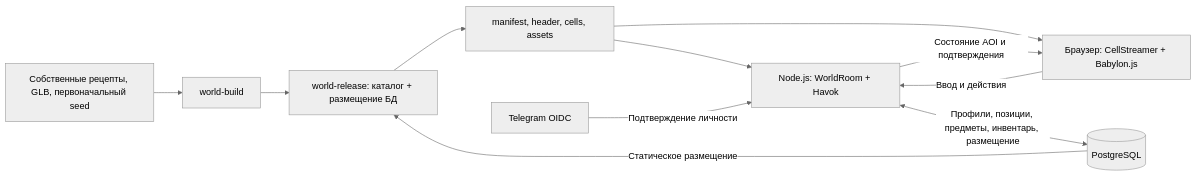
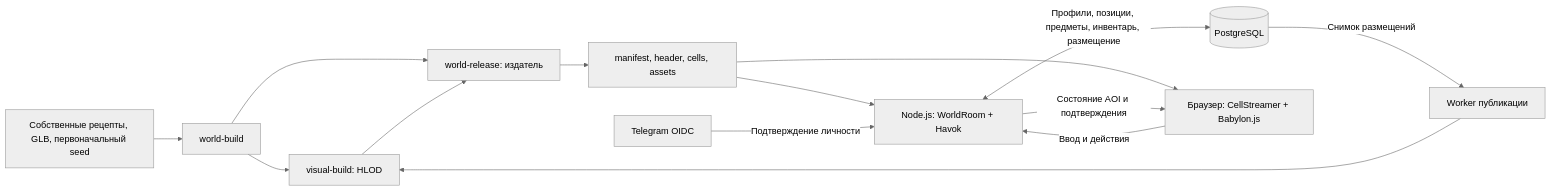
One commit to ftagn-superior/syktyvkar-underground changed the diagram in docs/architecture.md. Above: the diagram before and after it, drawn with Mermaid (neutral theme). The commit also changed other lines of this file and 93 other files, not shown here.

````diff
--- a/docs/architecture.md
+++ b/docs/architecture.md
@@ -9,13 +9,16 @@
 ```mermaid
 flowchart LR
     SOURCE["Собственные рецепты, GLB, первоначальный seed"] --> BUILD["world-build"]
-    BUILD --> PUBLISH["world-release: каталог + размещение БД"]
-    DB -->|"Статическое размещение"| PUBLISH
+    BUILD --> VISUAL["visual-build: HLOD"]
+    DB -->|"Снимок размещений"| WORKER["Worker публикации"]
+    WORKER --> VISUAL
+    BUILD --> PUBLISH["world-release: издатель"]
+    VISUAL --> PUBLISH
     PUBLISH --> BUNDLE["manifest, header, cells, assets"]
     BUNDLE --> SERVER["Node.js: WorldRoom + Havok"]
     BUNDLE --> CLIENT["Браузер: CellStreamer + Babylon.js"]
     CLIENT -->|"Ввод и действия"| SERVER
     SERVER -->|"Состояние AOI и подтверждения"| CLIENT
     SERVER <-->|"Профили, позиции, предметы, инвентарь, размещение"| DB[(PostgreSQL)]
     OIDC["Telegram OIDC"] -->|"Подтверждение личности"| SERVER
 ```
````
